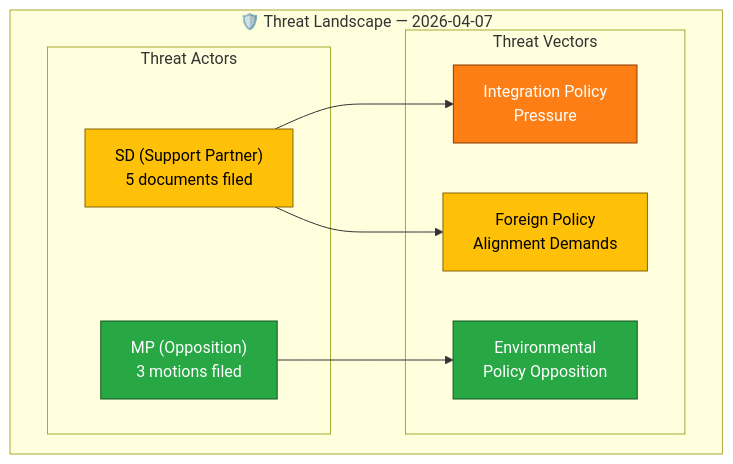
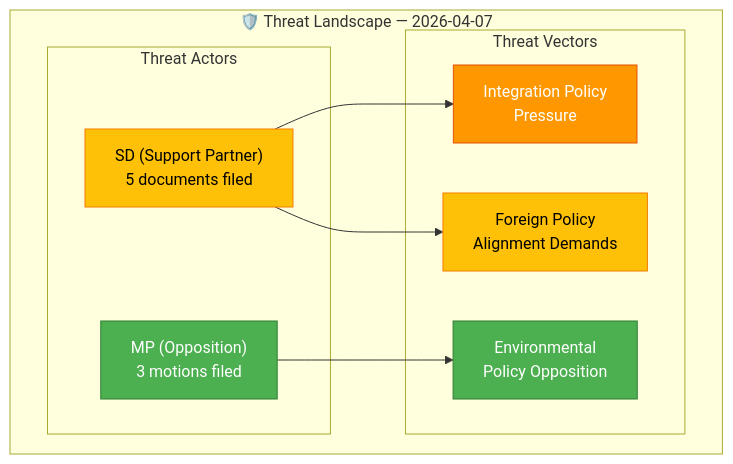
The diagram in analysis/daily/2026-04-07/realtime-1411/threat-analysis.md (Hack23/riksdagsmonitor), drawn with Mermaid before and after one commit. The commit also changed 785 other files, not shown here.

First line of the commit message:
Normalize mermaid colors across 786 analysis artifacts to ISMS Style Guide palette

````diff
--- a/analysis/daily/2026-04-07/realtime-1411/threat-analysis.md
+++ b/analysis/daily/2026-04-07/realtime-1411/threat-analysis.md
@@ -15,22 +15,22 @@
 ```mermaid
 graph TD
     subgraph "🛡️ Threat Landscape — 2026-04-07"
         subgraph "Threat Actors"
             SD["SD (Support Partner)<br>5 documents filed"]
             MP["MP (Opposition)<br>3 motions filed"]
         end
         subgraph "Threat Vectors"
             V1["Integration Policy<br>Pressure"]
             V2["Foreign Policy<br>Alignment Demands"]
             V3["Environmental<br>Policy Opposition"]
         end
         SD --> V1
         SD --> V2
         MP --> V3
     end
-    style SD fill:#ffc107,stroke:#856404,color:#000
-    style MP fill:#28a745,stroke:#155724,color:#fff
-    style V1 fill:#fd7e14,stroke:#873b00,color:#fff
-    style V2 fill:#ffc107,stroke:#856404,color:#000
-    style V3 fill:#28a745,stroke:#155724,color:#fff
+    style SD fill:#FFC107,stroke:#F57C00,color:#000000
+    style MP fill:#4CAF50,stroke:#2E7D32,color:#FFFFFF
+    style V1 fill:#FF9800,stroke:#E65100,color:#FFFFFF
+    style V2 fill:#FFC107,stroke:#F57C00,color:#000000
+    style V3 fill:#4CAF50,stroke:#2E7D32,color:#FFFFFF
 ```
````
